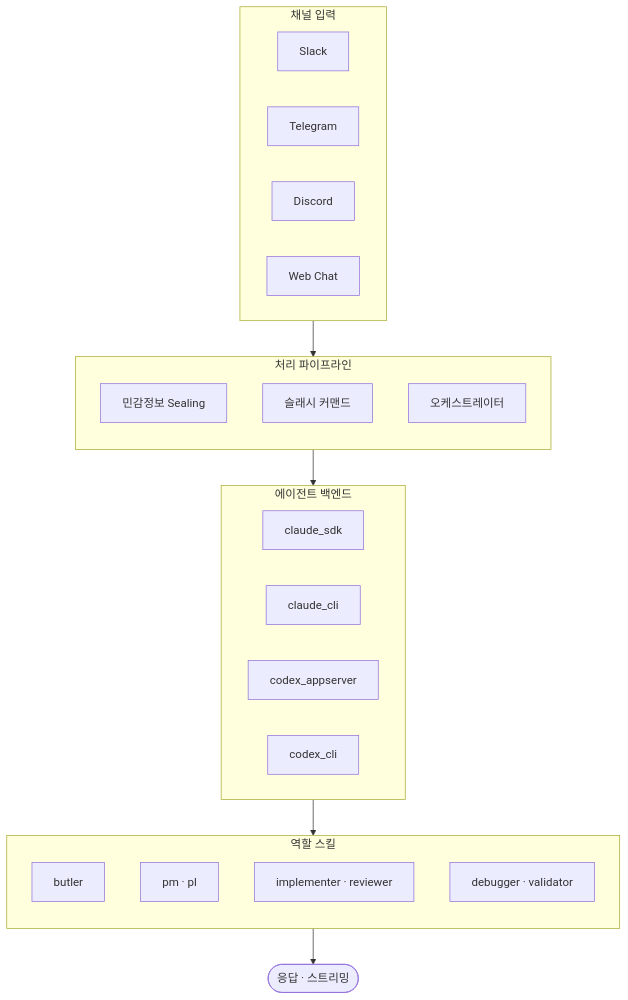
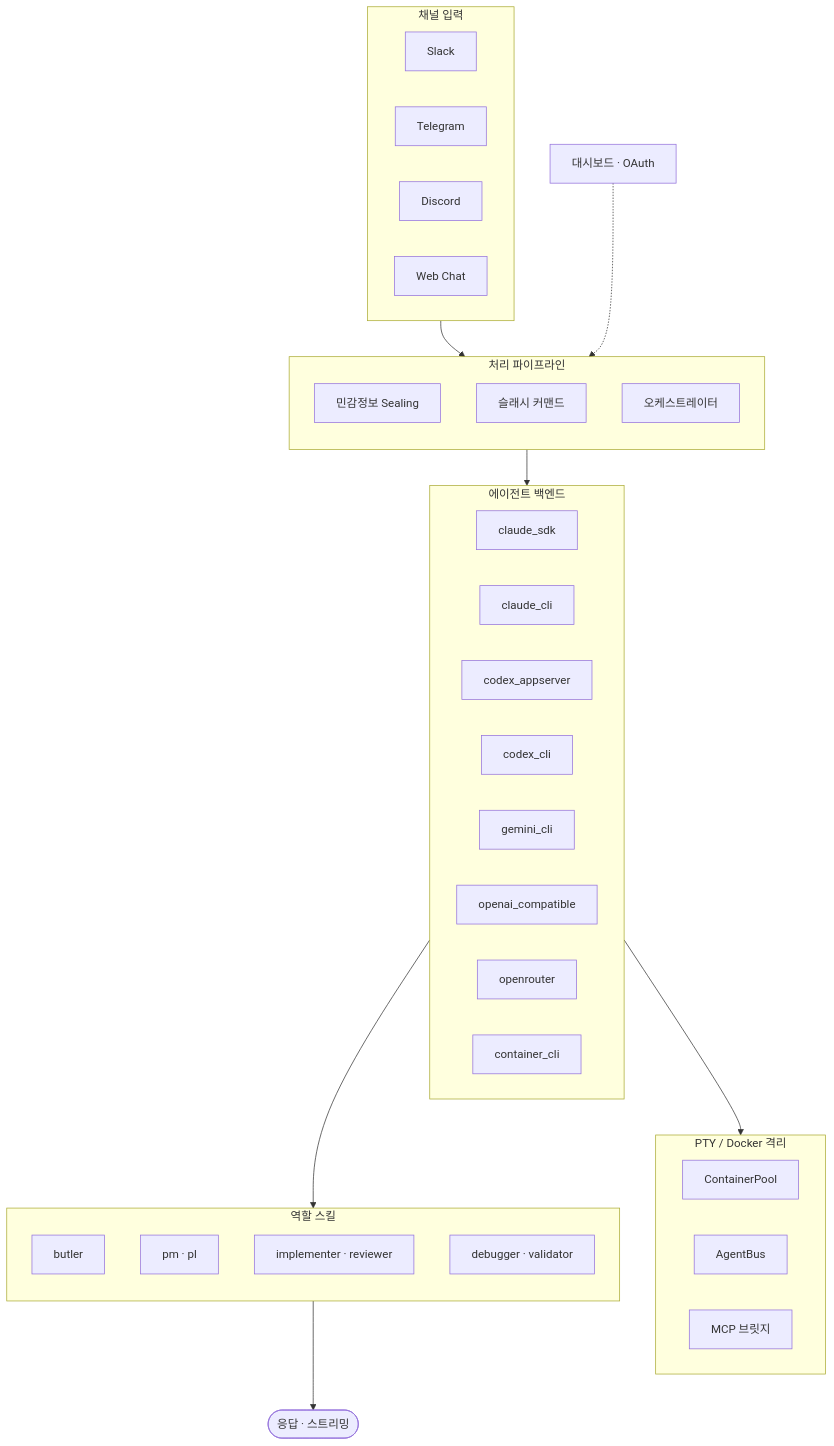
Before and after one commit to berrzebb/SoulFlow-Orchestrator: the diagram in README.md, drawn with Mermaid. The commit also changed other lines of this file and 228 other files, not shown here.

First line of the commit message:
feat(agent): PTY/컨테이너 백엔드 18모듈 · 대시보드 22라우트 분리 · 오케스트레이터 5모듈 분해

````diff
--- a/README.md
+++ b/README.md
@@ -23,38 +23,53 @@
 ```mermaid
 flowchart TD
     subgraph Channels["채널 입력"]
         direction LR
         SL[Slack]
         TG[Telegram]
         DS[Discord]
         WEB[Web Chat]
     end
 
     subgraph Pipeline["처리 파이프라인"]
         direction TB
         SEAL[민감정보 Sealing]
         CMD[슬래시 커맨드]
         ORCH[오케스트레이터]
     end
 
     subgraph Backends["에이전트 백엔드"]
         direction LR
         CSDK[claude_sdk]
         CCLI[claude_cli]
         CAPPS[codex_appserver]
         CCLIX[codex_cli]
+        GCLI[gemini_cli]
+        OAI[openai_compatible]
+        ORT[openrouter]
+        CTR[container_cli]
+    end
+
+    subgraph PTY["PTY / Docker 격리"]
+        direction LR
+        POOL[ContainerPool]
+        BUS[AgentBus]
+        BRIDGE[MCP 브릿지]
     end
 
     subgraph Skills["역할 스킬"]
         direction TB
         BT[butler]
         PM[pm · pl]
         IMPL[implementer · reviewer]
         DBG[debugger · validator]
     end
 
+    DASH[대시보드 · OAuth]
+
     Channels --> Pipeline
     Pipeline --> Backends
+    CTR --> PTY
     Backends --> Skills
     Skills --> OUT([응답 · 스트리밍])
+    DASH -.-> Pipeline
 ```
````
